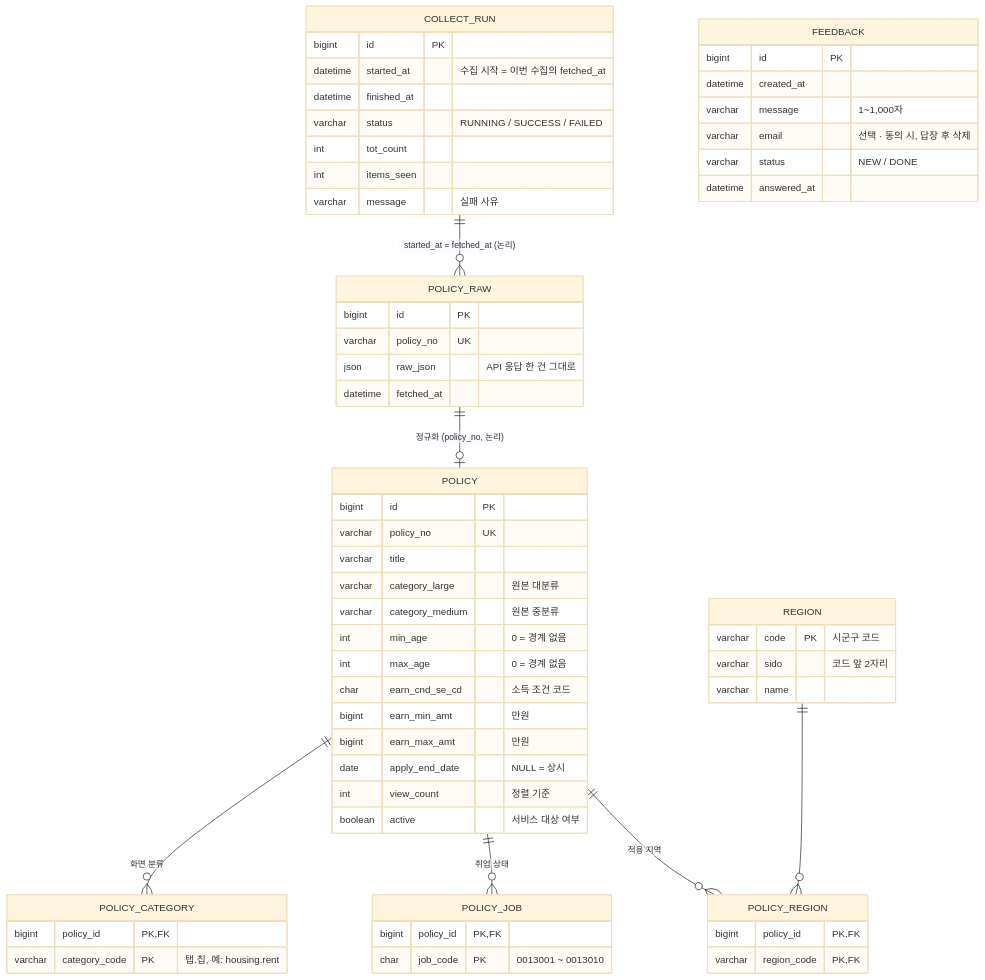
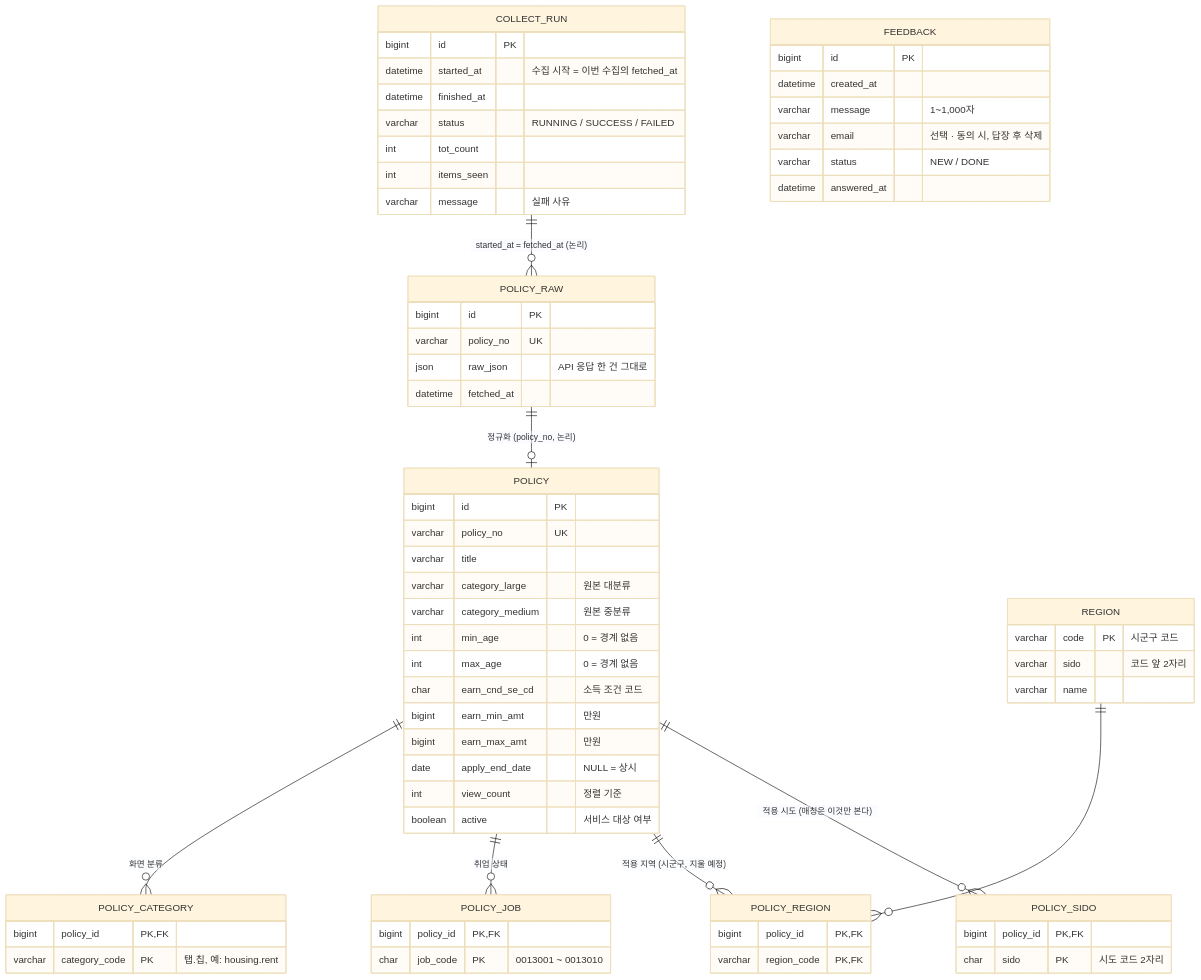
One commit to lhjunkr/public-data-site changed the first of 2 diagrams in docs/erd.md. Above: the diagram before and after it, drawn with Mermaid (base theme). The commit also changed other lines of this file and 1 other file, not shown here.

Commit message:
12/6 ERD 변경안 · D-029: 새 데이터원을 policy 표에 source 로 구분해 넣는다

````diff
--- a/docs/erd.md
+++ b/docs/erd.md
@@ -13,72 +15,78 @@
 ```mermaid
 erDiagram
     COLLECT_RUN ||--o{ POLICY_RAW : "started_at = fetched_at (논리)"
     POLICY_RAW ||--o| POLICY : "정규화 (policy_no, 논리)"
-    POLICY ||--o{ POLICY_REGION : "적용 지역"
+    POLICY ||--o{ POLICY_SIDO : "적용 시도 (매칭은 이것만 본다)"
+    POLICY ||--o{ POLICY_REGION : "적용 지역 (시군구, 지울 예정)"
     REGION ||--o{ POLICY_REGION : ""
     POLICY ||--o{ POLICY_JOB : "취업 상태"
     POLICY ||--o{ POLICY_CATEGORY : "화면 분류"
 
     COLLECT_RUN {
         bigint   id PK
         datetime started_at "수집 시작 = 이번 수집의 fetched_at"
         datetime finished_at
         varchar  status "RUNNING / SUCCESS / FAILED"
         int      tot_count
         int      items_seen
         varchar  message "실패 사유"
     }
 
     POLICY_RAW {
         bigint   id PK
         varchar  policy_no UK
         json     raw_json "API 응답 한 건 그대로"
         datetime fetched_at
     }
 
     POLICY {
         bigint   id PK
         varchar  policy_no UK
         varchar  title
         varchar  category_large "원본 대분류"
         varchar  category_medium "원본 중분류"
         int      min_age "0 = 경계 없음"
         int      max_age "0 = 경계 없음"
         char     earn_cnd_se_cd "소득 조건 코드"
         bigint   earn_min_amt "만원"
         bigint   earn_max_amt "만원"
         date     apply_end_date "NULL = 상시"
         int      view_count "정렬 기준"
         boolean  active "서비스 대상 여부"
     }
 
     REGION {
         varchar code PK "시군구 코드"
         varchar sido "코드 앞 2자리"
         varchar name
     }
 
+    POLICY_SIDO {
+        bigint policy_id PK, FK
+        char   sido PK "시도 코드 2자리"
+    }
+
     POLICY_REGION {
         bigint  policy_id PK, FK
         varchar region_code PK, FK
     }
 
     POLICY_JOB {
         bigint policy_id PK, FK
         char   job_code PK "0013001 ~ 0013010"
     }
 
     POLICY_CATEGORY {
         bigint  policy_id PK, FK
         varchar category_code PK "탭.칩, 예: housing.rent"
     }
 
     FEEDBACK {
         bigint   id PK
         datetime created_at
         varchar  message "1~1,000자"
         varchar  email "선택 · 동의 시, 답장 후 삭제"
         varchar  status "NEW / DONE"
         datetime answered_at
     }
 ```
````
